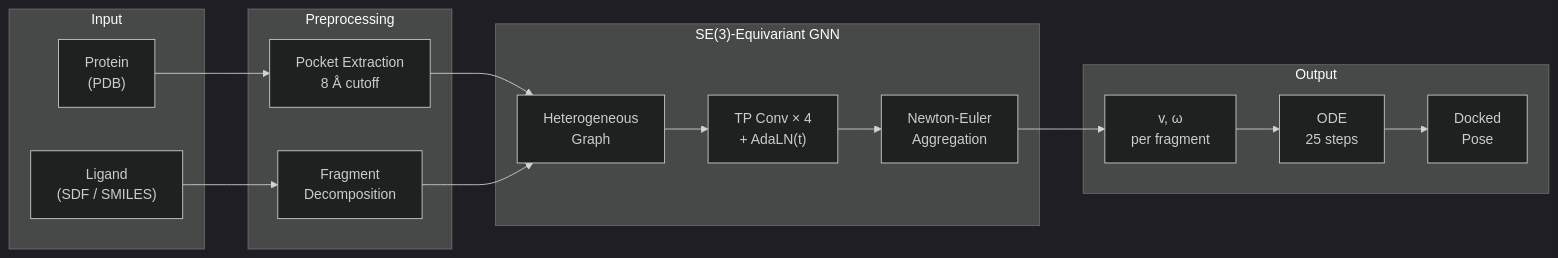
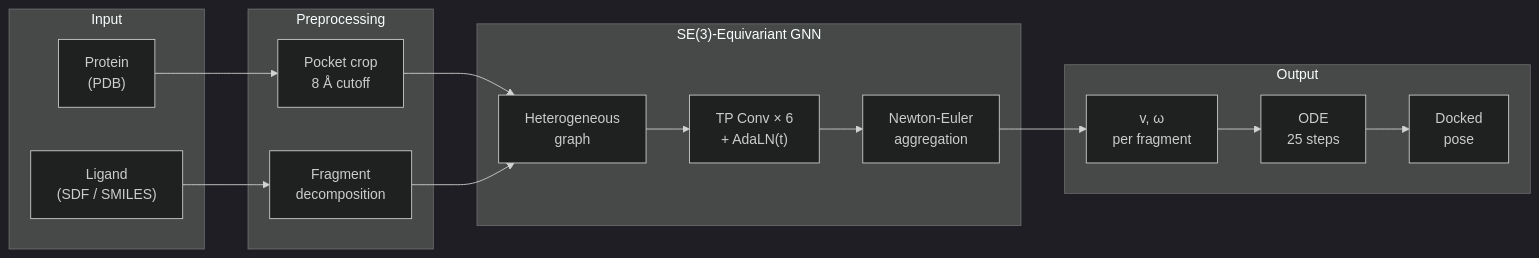
The diagram in README.md (eightmm/FlowFrag), drawn with Mermaid (dark theme) before and after one commit. The commit also changed other lines of this file and 61 other files, not shown here.

````diff
--- a/README.md
+++ b/README.md
@@ -35,28 +56,28 @@
 ```mermaid
 flowchart LR
     subgraph Input
         P["Protein\n(PDB)"]
         L["Ligand\n(SDF / SMILES)"]
     end
 
     subgraph Preprocessing
-        PE["Pocket Extraction\n8 Å cutoff"]
-        FD["Fragment\nDecomposition"]
+        PE["Pocket crop\n8 Å cutoff"]
+        FD["Fragment\ndecomposition"]
     end
 
     subgraph Model["SE(3)-Equivariant GNN"]
-        HG["Heterogeneous\nGraph"]
-        TP["TP Conv × 4\n+ AdaLN(t)"]
-        HEAD["Newton-Euler\nAggregation"]
+        HG["Heterogeneous\ngraph"]
+        TP["TP Conv × 6\n+ AdaLN(t)"]
+        HEAD["Newton-Euler\naggregation"]
     end
 
     subgraph Output
         VW["v, ω\nper fragment"]
         ODE["ODE\n25 steps"]
-        POSE["Docked\nPose"]
+        POSE["Docked\npose"]
     end
 
     P --> PE --> HG
     L --> FD --> HG
     HG --> TP --> HEAD --> VW --> ODE --> POSE
 ```
````
